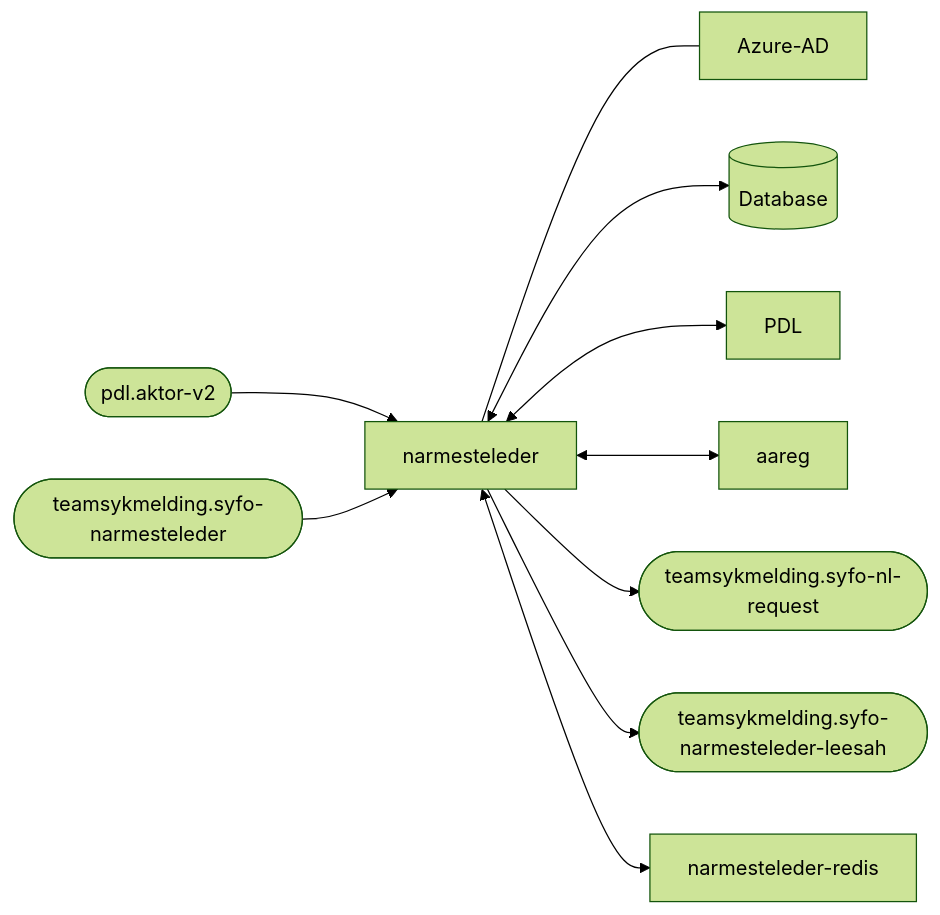
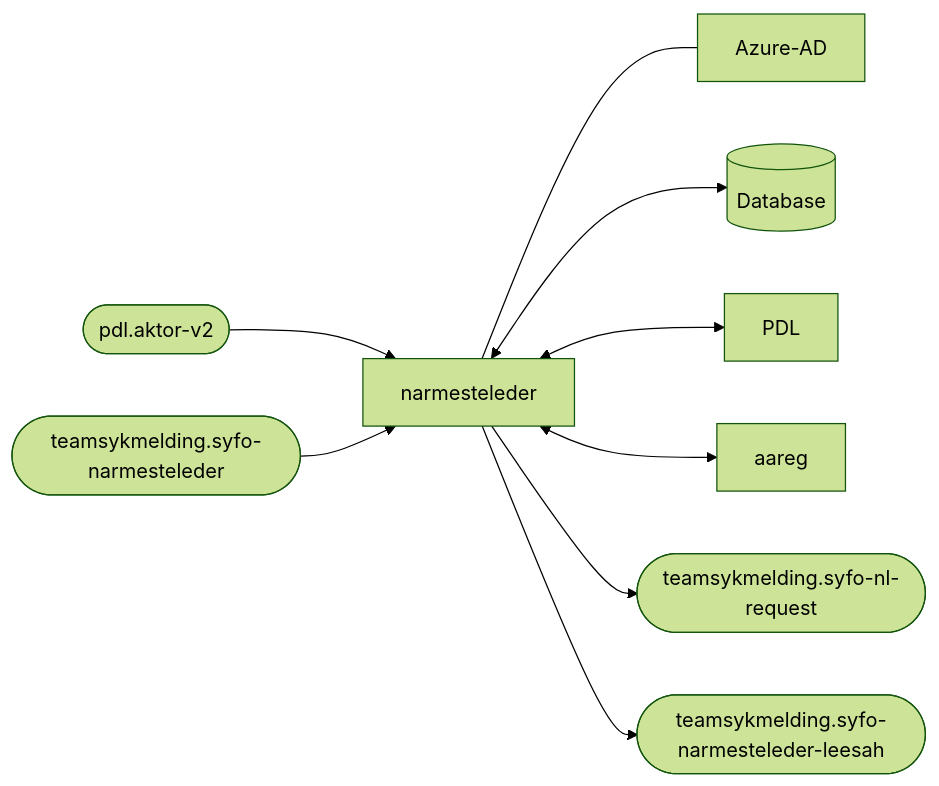
The diagram in README.md (navikt/narmesteleder), drawn with Mermaid (forest theme) before and after one commit. The commit also changed 7 other files, not shown here.

````diff
--- a/README.md
+++ b/README.md
@@ -21,12 +21,11 @@
 ```mermaid
   graph LR
       narmesteleder --- Azure-AD
       narmesteleder <--> id1[(Database)]
       narmesteleder <--> PDL
       A([pdl.aktor-v2]) --> narmesteleder
       narmesteleder <--> aareg
       B([teamsykmelding.syfo-narmesteleder]) --> narmesteleder
       narmesteleder --> C([teamsykmelding.syfo-nl-request])
       narmesteleder --> D([teamsykmelding.syfo-narmesteleder-leesah])
-      narmesteleder <--> narmesteleder-redis;
 ```
````
